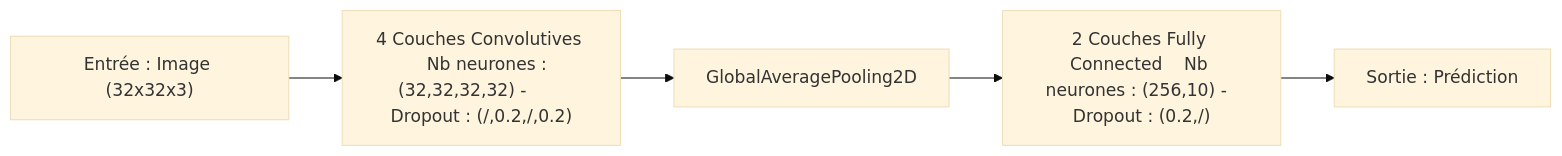
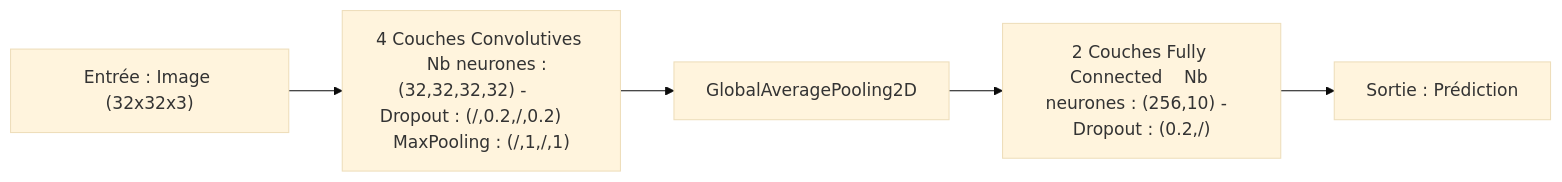
The eighth of 10 diagrams in README.md (PaulGuillemin/embedded-AI-CIFAR-10), drawn with Mermaid (base theme) before and after one commit. The commit also changed other lines of this file, not shown here.

````diff
--- a/README.md
+++ b/README.md
@@ -272,7 +272,7 @@
 ```mermaid
 flowchart LR
-    A["Entrée : Image (32x32x3)"] --> B["4 Couches Convolutives    Nb neurones : (32,32,32,32) -       Dropout : (/,0.2,/,0.2)"]
+    A["Entrée : Image (32x32x3)"] --> B["4 Couches Convolutives    Nb neurones : (32,32,32,32) -       Dropout : (/,0.2,/,0.2)    MaxPooling : (/,1,/,1)"]
     B --> C["GlobalAveragePooling2D"]
     C --> D["2 Couches Fully Connected    Nb neurones : (256,10) -  Dropout : (0.2,/)"]
     D --> E["Sortie : Prédiction"]
 ```
````
